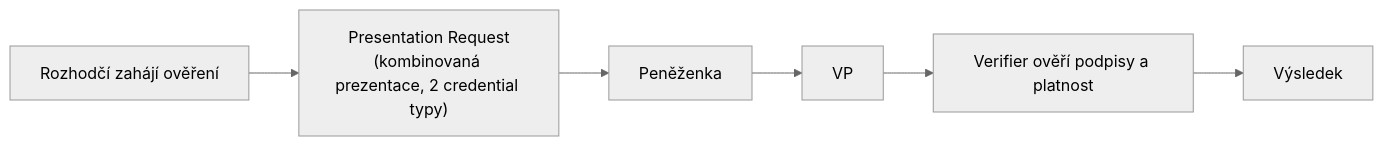
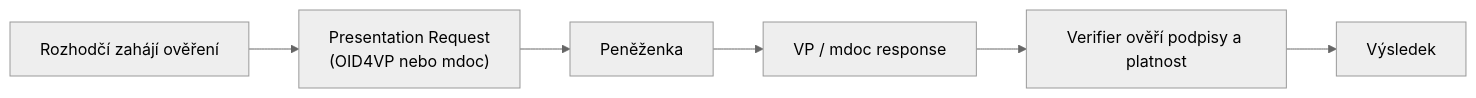
Before and after one commit to l-ra/walletmap: the diagram in src/content/scenarios/rozhodci-overeni-zavodnika.md, drawn with Mermaid (neutral theme). The commit also changed other lines of this file and 11 other files, not shown here.

````diff
--- a/src/content/scenarios/rozhodci-overeni-zavodnika.md
+++ b/src/content/scenarios/rozhodci-overeni-zavodnika.md
@@ -41,8 +48,8 @@
 ```mermaid
 flowchart LR
-    A["Rozhodčí zahájí ověření"] --> B["Presentation Request<br/>(kombinovaná prezentace, 2 credential typy)"]
+    A["Rozhodčí zahájí ověření"] --> B["Presentation Request<br/>(OID4VP nebo mdoc)"]
     B --> C["Peněženka"]
-    C --> D["VP"]
+    C --> D["VP / mdoc response"]
     D --> E["Verifier ověří podpisy a platnost"]
     E --> F["Výsledek"]
 ```
````
